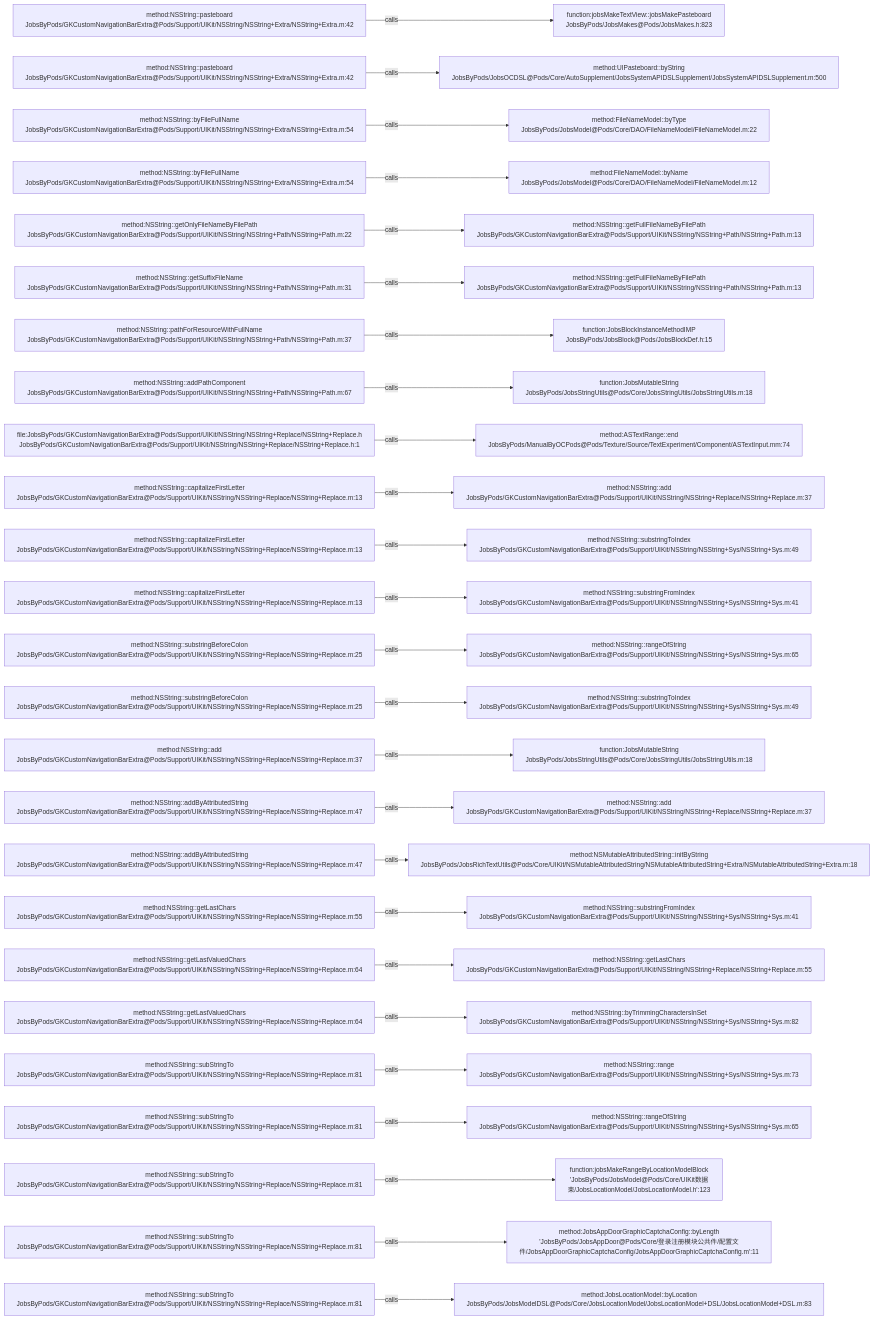
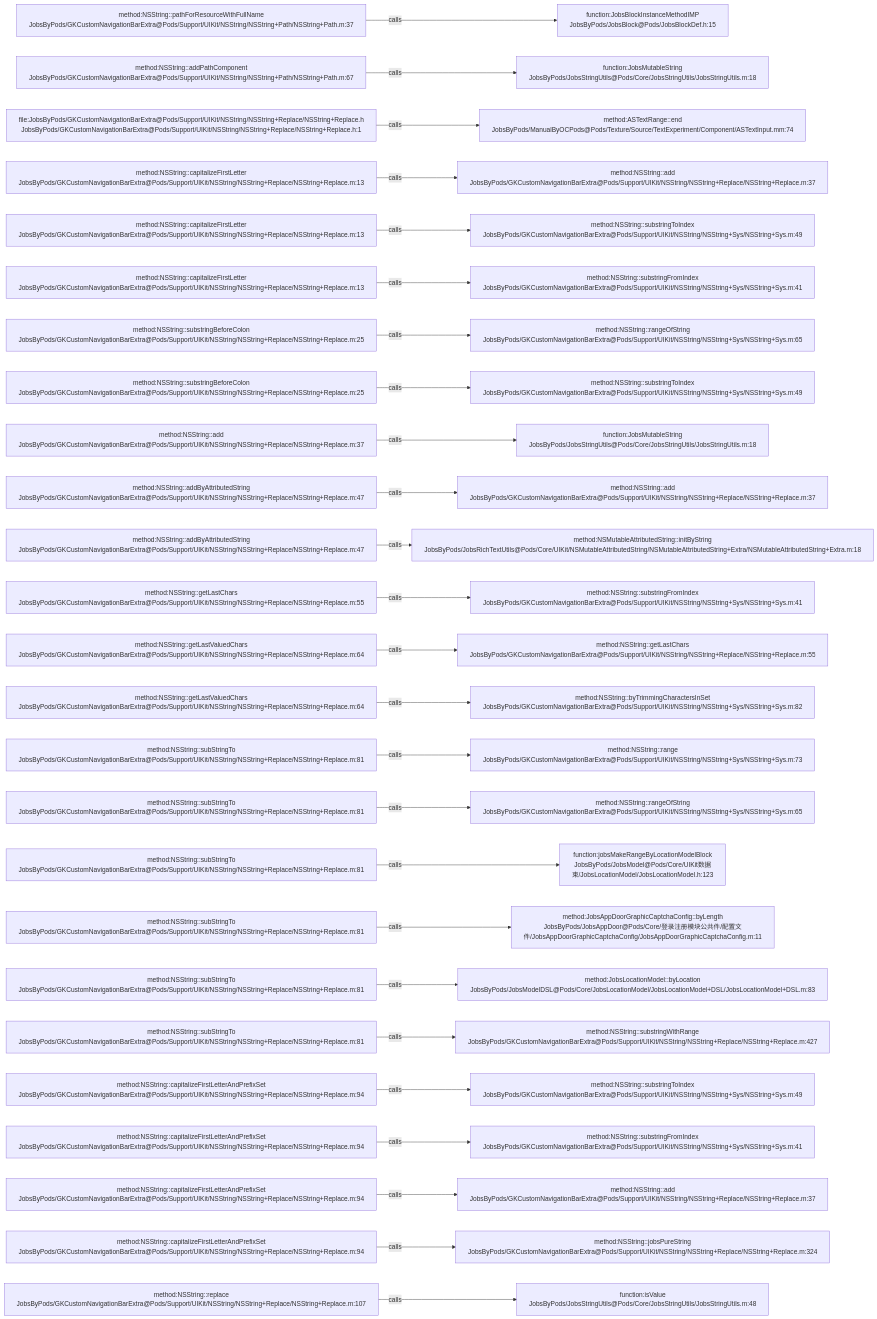
The diagram in .codegraph/codegraph.md/graphs/calls-017.md (JobsKits/JobsOCBaseConfigDemo), drawn with Mermaid before and after one commit. The commit also changed 223 other files, not shown here.

````diff
--- a/.codegraph/codegraph.md/graphs/calls-017.md
+++ b/.codegraph/codegraph.md/graphs/calls-017.md
@@ -13,78 +13,78 @@
 ```mermaid
 flowchart LR
-  S1["method:NSString::pasteboard<br/>JobsByPods/GKCustomNavigationBarExtra@Pods/Support/UIKit/NSString/NSString+Extra/NSString+Extra.m:42"]
-  T1["function:jobsMakeTextView::jobsMakePasteboard<br/>JobsByPods/JobsMakes@Pods/JobsMakes.h:823"]
+  S1["method:NSString::pathForResourceWithFullName<br/>JobsByPods/GKCustomNavigationBarExtra@Pods/Support/UIKit/NSString/NSString+Path/NSString+Path.m:37"]
+  T1["function:JobsBlockInstanceMethodIMP<br/>JobsByPods/JobsBlock@Pods/JobsBlockDef.h:15"]
   S1 -->|calls| T1
-  S2["method:NSString::pasteboard<br/>JobsByPods/GKCustomNavigationBarExtra@Pods/Support/UIKit/NSString/NSString+Extra/NSString+Extra.m:42"]
-  T2["method:UIPasteboard::byString<br/>JobsByPods/JobsOCDSL@Pods/Core/AutoSupplement/JobsSystemAPIDSLSupplement/JobsSystemAPIDSLSupplement.m:500"]
+  S2["method:NSString::addPathComponent<br/>JobsByPods/GKCustomNavigationBarExtra@Pods/Support/UIKit/NSString/NSString+Path/NSString+Path.m:67"]
+  T2["function:JobsMutableString<br/>JobsByPods/JobsStringUtils@Pods/Core/JobsStringUtils/JobsStringUtils.m:18"]
   S2 -->|calls| T2
-  S3["method:NSString::byFileFullName<br/>JobsByPods/GKCustomNavigationBarExtra@Pods/Support/UIKit/NSString/NSString+Extra/NSString+Extra.m:54"]
-  T3["method:FileNameModel::byType<br/>JobsByPods/JobsModel@Pods/Core/DAO/FileNameModel/FileNameModel.m:22"]
+  S3["file:JobsByPods/GKCustomNavigationBarExtra@Pods/Support/UIKit/NSString/NSString+Replace/NSString+Replace.h<br/>JobsByPods/GKCustomNavigationBarExtra@Pods/Support/UIKit/NSString/NSString+Replace/NSString+Replace.h:1"]
+  T3["method:ASTextRange::end<br/>JobsByPods/ManualByOCPods@Pods/Texture/Source/TextExperiment/Component/ASTextInput.mm:74"]
   S3 -->|calls| T3
-  S4["method:NSString::byFileFullName<br/>JobsByPods/GKCustomNavigationBarExtra@Pods/Support/UIKit/NSString/NSString+Extra/NSString+Extra.m:54"]
-  T4["method:FileNameModel::byName<br/>JobsByPods/JobsModel@Pods/Core/DAO/FileNameModel/FileNameModel.m:12"]
+  S4["method:NSString::capitalizeFirstLetter<br/>JobsByPods/GKCustomNavigationBarExtra@Pods/Support/UIKit/NSString/NSString+Replace/NSString+Replace.m:13"]
+  T4["method:NSString::add<br/>JobsByPods/GKCustomNavigationBarExtra@Pods/Support/UIKit/NSString/NSString+Replace/NSString+Replace.m:37"]
   S4 -->|calls| T4
-  S5["method:NSString::getOnlyFileNameByFilePath<br/>JobsByPods/GKCustomNavigationBarExtra@Pods/Support/UIKit/NSString/NSString+Path/NSString+Path.m:22"]
-  T5["method:NSString::getFullFileNameByFilePath<br/>JobsByPods/GKCustomNavigationBarExtra@Pods/Support/UIKit/NSString/NSString+Path/NSString+Path.m:13"]
+  S5["method:NSString::capitalizeFirstLetter<br/>JobsByPods/GKCustomNavigationBarExtra@Pods/Support/UIKit/NSString/NSString+Replace/NSString+Replace.m:13"]
+  T5["method:NSString::substringToIndex<br/>JobsByPods/GKCustomNavigationBarExtra@Pods/Support/UIKit/NSString/NSString+Sys/NSString+Sys.m:49"]
   S5 -->|calls| T5
-  S6["method:NSString::getSuffixFileName<br/>JobsByPods/GKCustomNavigationBarExtra@Pods/Support/UIKit/NSString/NSString+Path/NSString+Path.m:31"]
-  T6["method:NSString::getFullFileNameByFilePath<br/>JobsByPods/GKCustomNavigationBarExtra@Pods/Support/UIKit/NSString/NSString+Path/NSString+Path.m:13"]
+  S6["method:NSString::capitalizeFirstLetter<br/>JobsByPods/GKCustomNavigationBarExtra@Pods/Support/UIKit/NSString/NSString+Replace/NSString+Replace.m:13"]
+  T6["method:NSString::substringFromIndex<br/>JobsByPods/GKCustomNavigationBarExtra@Pods/Support/UIKit/NSString/NSString+Sys/NSString+Sys.m:41"]
   S6 -->|calls| T6
-  S7["method:NSString::pathForResourceWithFullName<br/>JobsByPods/GKCustomNavigationBarExtra@Pods/Support/UIKit/NSString/NSString+Path/NSString+Path.m:37"]
-  T7["function:JobsBlockInstanceMethodIMP<br/>JobsByPods/JobsBlock@Pods/JobsBlockDef.h:15"]
+  S7["method:NSString::substringBeforeColon<br/>JobsByPods/GKCustomNavigationBarExtra@Pods/Support/UIKit/NSString/NSString+Replace/NSString+Replace.m:25"]
+  T7["method:NSString::rangeOfString<br/>JobsByPods/GKCustomNavigationBarExtra@Pods/Support/UIKit/NSString/NSString+Sys/NSString+Sys.m:65"]
   S7 -->|calls| T7
-  S8["method:NSString::addPathComponent<br/>JobsByPods/GKCustomNavigationBarExtra@Pods/Support/UIKit/NSString/NSString+Path/NSString+Path.m:67"]
-  T8["function:JobsMutableString<br/>JobsByPods/JobsStringUtils@Pods/Core/JobsStringUtils/JobsStringUtils.m:18"]
+  S8["method:NSString::substringBeforeColon<br/>JobsByPods/GKCustomNavigationBarExtra@Pods/Support/UIKit/NSString/NSString+Replace/NSString+Replace.m:25"]
+  T8["method:NSString::substringToIndex<br/>JobsByPods/GKCustomNavigationBarExtra@Pods/Support/UIKit/NSString/NSString+Sys/NSString+Sys.m:49"]
   S8 -->|calls| T8
-  S9["file:JobsByPods/GKCustomNavigationBarExtra@Pods/Support/UIKit/NSString/NSString+Replace/NSString+Replace.h<br/>JobsByPods/GKCustomNavigationBarExtra@Pods/Support/UIKit/NSString/NSString+Replace/NSString+Replace.h:1"]
-  T9["method:ASTextRange::end<br/>JobsByPods/ManualByOCPods@Pods/Texture/Source/TextExperiment/Component/ASTextInput.mm:74"]
+  S9["method:NSString::add<br/>JobsByPods/GKCustomNavigationBarExtra@Pods/Support/UIKit/NSString/NSString+Replace/NSString+Replace.m:37"]
+  T9["function:JobsMutableString<br/>JobsByPods/JobsStringUtils@Pods/Core/JobsStringUtils/JobsStringUtils.m:18"]
   S9 -->|calls| T9
-  S10["method:NSString::capitalizeFirstLetter<br/>JobsByPods/GKCustomNavigationBarExtra@Pods/Support/UIKit/NSString/NSString+Replace/NSString+Replace.m:13"]
+  S10["method:NSString::addByAttributedString<br/>JobsByPods/GKCustomNavigationBarExtra@Pods/Support/UIKit/NSString/NSString+Replace/NSString+Replace.m:47"]
   T10["method:NSString::add<br/>JobsByPods/GKCustomNavigationBarExtra@Pods/Support/UIKit/NSString/NSString+Replace/NSString+Replace.m:37"]
   S10 -->|calls| T10
-  S11["method:NSString::capitalizeFirstLetter<br/>JobsByPods/GKCustomNavigationBarExtra@Pods/Support/UIKit/NSString/NSString+Replace/NSString+Replace.m:13"]
-  T11["method:NSString::substringToIndex<br/>JobsByPods/GKCustomNavigationBarExtra@Pods/Support/UIKit/NSString/NSString+Sys/NSString+Sys.m:49"]
+  S11["method:NSString::addByAttributedString<br/>JobsByPods/GKCustomNavigationBarExtra@Pods/Support/UIKit/NSString/NSString+Replace/NSString+Replace.m:47"]
+  T11["method:NSMutableAttributedString::initByString<br/>JobsByPods/JobsRichTextUtils@Pods/Core/UIKit/NSMutableAttributedString/NSMutableAttributedString+Extra/NSMutableAttributedString+Extra.m:18"]
   S11 -->|calls| T11
-  S12["method:NSString::capitalizeFirstLetter<br/>JobsByPods/GKCustomNavigationBarExtra@Pods/Support/UIKit/NSString/NSString+Replace/NSString+Replace.m:13"]
+  S12["method:NSString::getLastChars<br/>JobsByPods/GKCustomNavigationBarExtra@Pods/Support/UIKit/NSString/NSString+Replace/NSString+Replace.m:55"]
   T12["method:NSString::substringFromIndex<br/>JobsByPods/GKCustomNavigationBarExtra@Pods/Support/UIKit/NSString/NSString+Sys/NSString+Sys.m:41"]
   S12 -->|calls| T12
-  S13["method:NSString::substringBeforeColon<br/>JobsByPods/GKCustomNavigationBarExtra@Pods/Support/UIKit/NSString/NSString+Replace/NSString+Replace.m:25"]
-  T13["method:NSString::rangeOfString<br/>JobsByPods/GKCustomNavigationBarExtra@Pods/Support/UIKit/NSString/NSString+Sys/NSString+Sys.m:65"]
+  S13["method:NSString::getLastValuedChars<br/>JobsByPods/GKCustomNavigationBarExtra@Pods/Support/UIKit/NSString/NSString+Replace/NSString+Replace.m:64"]
+  T13["method:NSString::getLastChars<br/>JobsByPods/GKCustomNavigationBarExtra@Pods/Support/UIKit/NSString/NSString+Replace/NSString+Replace.m:55"]
   S13 -->|calls| T13
-  S14["method:NSString::substringBeforeColon<br/>JobsByPods/GKCustomNavigationBarExtra@Pods/Support/UIKit/NSString/NSString+Replace/NSString+Replace.m:25"]
-  T14["method:NSString::substringToIndex<br/>JobsByPods/GKCustomNavigationBarExtra@Pods/Support/UIKit/NSString/NSString+Sys/NSString+Sys.m:49"]
+  S14["method:NSString::getLastValuedChars<br/>JobsByPods/GKCustomNavigationBarExtra@Pods/Support/UIKit/NSString/NSString+Replace/NSString+Replace.m:64"]
+  T14["method:NSString::byTrimmingCharactersInSet<br/>JobsByPods/GKCustomNavigationBarExtra@Pods/Support/UIKit/NSString/NSString+Sys/NSString+Sys.m:82"]
   S14 -->|calls| T14
-  S15["method:NSString::add<br/>JobsByPods/GKCustomNavigationBarExtra@Pods/Support/UIKit/NSString/NSString+Replace/NSString+Replace.m:37"]
-  T15["function:JobsMutableString<br/>JobsByPods/JobsStringUtils@Pods/Core/JobsStringUtils/JobsStringUtils.m:18"]
+  S15["method:NSString::subStringTo<br/>JobsByPods/GKCustomNavigationBarExtra@Pods/Support/UIKit/NSString/NSString+Replace/NSString+Replace.m:81"]
+  T15["method:NSString::range<br/>JobsByPods/GKCustomNavigationBarExtra@Pods/Support/UIKit/NSString/NSString+Sys/NSString+Sys.m:73"]
   S15 -->|calls| T15
-  S16["method:NSString::addByAttributedString<br/>JobsByPods/GKCustomNavigationBarExtra@Pods/Support/UIKit/NSString/NSString+Replace/NSString+Replace.m:47"]
-  T16["method:NSString::add<br/>JobsByPods/GKCustomNavigationBarExtra@Pods/Support/UIKit/NSString/NSString+Replace/NSString+Replace.m:37"]
+  S16["method:NSString::subStringTo<br/>JobsByPods/GKCustomNavigationBarExtra@Pods/Support/UIKit/NSString/NSString+Replace/NSString+Replace.m:81"]
+  T16["method:NSString::rangeOfString<br/>JobsByPods/GKCustomNavigationBarExtra@Pods/Support/UIKit/NSString/NSString+Sys/NSString+Sys.m:65"]
   S16 -->|calls| T16
-  S17["method:NSString::addByAttributedString<br/>JobsByPods/GKCustomNavigationBarExtra@Pods/Support/UIKit/NSString/NSString+Replace/NSString+Replace.m:47"]
-  T17["method:NSMutableAttributedString::initByString<br/>JobsByPods/JobsRichTextUtils@Pods/Core/UIKit/NSMutableAttributedString/NSMutableAttributedString+Extra/NSMutableAttributedString+Extra.m:18"]
+  S17["method:NSString::subStringTo<br/>JobsByPods/GKCustomNavigationBarExtra@Pods/Support/UIKit/NSString/NSString+Replace/NSString+Replace.m:81"]
+  T17["function:jobsMakeRangeByLocationModelBlock<br/>JobsByPods/JobsModel@Pods/Core/UIKit数据束/JobsLocationModel/JobsLocationModel.h:123"]
   S17 -->|calls| T17
-  S18["method:NSString::getLastChars<br/>JobsByPods/GKCustomNavigationBarExtra@Pods/Support/UIKit/NSString/NSString+Replace/NSString+Replace.m:55"]
-  T18["method:NSString::substringFromIndex<br/>JobsByPods/GKCustomNavigationBarExtra@Pods/Support/UIKit/NSString/NSString+Sys/NSString+Sys.m:41"]
+  S18["method:NSString::subStringTo<br/>JobsByPods/GKCustomNavigationBarExtra@Pods/Support/UIKit/NSString/NSString+Replace/NSString+Replace.m:81"]
+  T18["method:JobsAppDoorGraphicCaptchaConfig::byLength<br/>JobsByPods/JobsAppDoor@Pods/Core/登录注册模块公共件/配置文件/JobsAppDoorGraphicCaptchaConfig/JobsAppDoorGraphicCaptchaConfig.m:11"]
   S18 -->|calls| T18
-  S19["method:NSString::getLastValuedChars<br/>JobsByPods/GKCustomNavigationBarExtra@Pods/Support/UIKit/NSString/NSString+Replace/NSString+Replace.m:64"]
-  T19["method:NSString::getLastChars<br/>JobsByPods/GKCustomNavigationBarExtra@Pods/Support/UIKit/NSString/NSString+Replace/NSString+Replace.m:55"]
+  S19["method:NSString::subStringTo<br/>JobsByPods/GKCustomNavigationBarExtra@Pods/Support/UIKit/NSString/NSString+Replace/NSString+Replace.m:81"]
+  T19["method:JobsLocationModel::byLocation<br/>JobsByPods/JobsModelDSL@Pods/Core/JobsLocationModel/JobsLocationModel+DSL/JobsLocationModel+DSL.m:83"]
   S19 -->|calls| T19
-  S20["method:NSString::getLastValuedChars<br/>JobsByPods/GKCustomNavigationBarExtra@Pods/Support/UIKit/NSString/NSString+Replace/NSString+Replace.m:64"]
-  T20["method:NSString::byTrimmingCharactersInSet<br/>JobsByPods/GKCustomNavigationBarExtra@Pods/Support/UIKit/NSString/NSString+Sys/NSString+Sys.m:82"]
+  S20["method:NSString::subStringTo<br/>JobsByPods/GKCustomNavigationBarExtra@Pods/Support/UIKit/NSString/NSString+Replace/NSString+Replace.m:81"]
+  T20["method:NSString::substringWithRange<br/>JobsByPods/GKCustomNavigationBarExtra@Pods/Support/UIKit/NSString/NSString+Replace/NSString+Replace.m:427"]
   S20 -->|calls| T20
-  S21["method:NSString::subStringTo<br/>JobsByPods/GKCustomNavigationBarExtra@Pods/Support/UIKit/NSString/NSString+Replace/NSString+Replace.m:81"]
-  T21["method:NSString::range<br/>JobsByPods/GKCustomNavigationBarExtra@Pods/Support/UIKit/NSString/NSString+Sys/NSString+Sys.m:73"]
+  S21["method:NSString::capitalizeFirstLetterAndPrefixSet<br/>JobsByPods/GKCustomNavigationBarExtra@Pods/Support/UIKit/NSString/NSString+Replace/NSString+Replace.m:94"]
+  T21["method:NSString::substringToIndex<br/>JobsByPods/GKCustomNavigationBarExtra@Pods/Support/UIKit/NSString/NSString+Sys/NSString+Sys.m:49"]
   S21 -->|calls| T21
-  S22["method:NSString::subStringTo<br/>JobsByPods/GKCustomNavigationBarExtra@Pods/Support/UIKit/NSString/NSString+Replace/NSString+Replace.m:81"]
-  T22["method:NSString::rangeOfString<br/>JobsByPods/GKCustomNavigationBarExtra@Pods/Support/UIKit/NSString/NSString+Sys/NSString+Sys.m:65"]
+  S22["method:NSString::capitalizeFirstLetterAndPrefixSet<br/>JobsByPods/GKCustomNavigationBarExtra@Pods/Support/UIKit/NSString/NSString+Replace/NSString+Replace.m:94"]
+  T22["method:NSString::substringFromIndex<br/>JobsByPods/GKCustomNavigationBarExtra@Pods/Support/UIKit/NSString/NSString+Sys/NSString+Sys.m:41"]
   S22 -->|calls| T22
-  S23["method:NSString::subStringTo<br/>JobsByPods/GKCustomNavigationBarExtra@Pods/Support/UIKit/NSString/NSString+Replace/NSString+Replace.m:81"]
-  T23["function:jobsMakeRangeByLocationModelBlock<br/>'JobsByPods/JobsModel@Pods/Core/UIKit数据束/JobsLocationModel/JobsLocationModel.h':123"]
+  S23["method:NSString::capitalizeFirstLetterAndPrefixSet<br/>JobsByPods/GKCustomNavigationBarExtra@Pods/Support/UIKit/NSString/NSString+Replace/NSString+Replace.m:94"]
+  T23["method:NSString::add<br/>JobsByPods/GKCustomNavigationBarExtra@Pods/Support/UIKit/NSString/NSString+Replace/NSString+Replace.m:37"]
   S23 -->|calls| T23
-  S24["method:NSString::subStringTo<br/>JobsByPods/GKCustomNavigationBarExtra@Pods/Support/UIKit/NSString/NSString+Replace/NSString+Replace.m:81"]
-  T24["method:JobsAppDoorGraphicCaptchaConfig::byLength<br/>'JobsByPods/JobsAppDoor@Pods/Core/登录注册模块公共件/配置文件/JobsAppDoorGraphicCaptchaConfig/JobsAppDoorGraphicCaptchaConfig.m':11"]
+  S24["method:NSString::capitalizeFirstLetterAndPrefixSet<br/>JobsByPods/GKCustomNavigationBarExtra@Pods/Support/UIKit/NSString/NSString+Replace/NSString+Replace.m:94"]
+  T24["method:NSString::jobsPureString<br/>JobsByPods/GKCustomNavigationBarExtra@Pods/Support/UIKit/NSString/NSString+Replace/NSString+Replace.m:324"]
   S24 -->|calls| T24
-  S25["method:NSString::subStringTo<br/>JobsByPods/GKCustomNavigationBarExtra@Pods/Support/UIKit/NSString/NSString+Replace/NSString+Replace.m:81"]
-  T25["method:JobsLocationModel::byLocation<br/>JobsByPods/JobsModelDSL@Pods/Core/JobsLocationModel/JobsLocationModel+DSL/JobsLocationModel+DSL.m:83"]
+  S25["method:NSString::replace<br/>JobsByPods/GKCustomNavigationBarExtra@Pods/Support/UIKit/NSString/NSString+Replace/NSString+Replace.m:107"]
+  T25["function:isValue<br/>JobsByPods/JobsStringUtils@Pods/Core/JobsStringUtils/JobsStringUtils.m:48"]
   S25 -->|calls| T25
 ```
````
